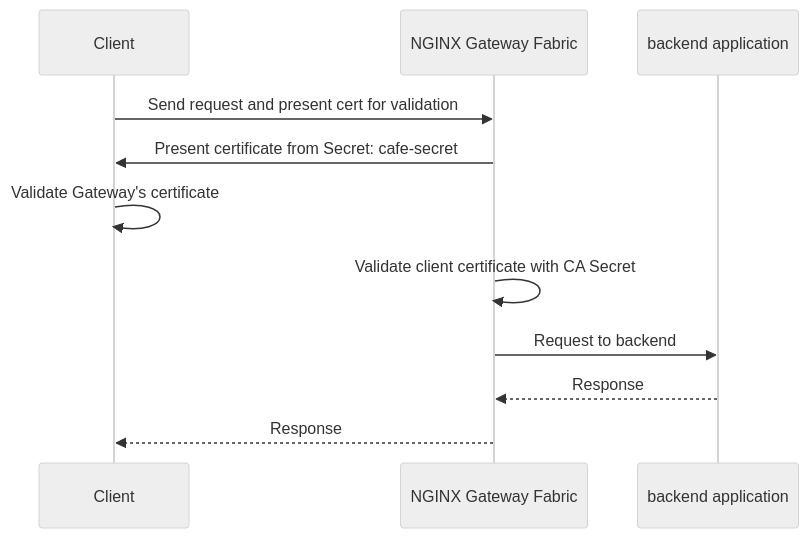
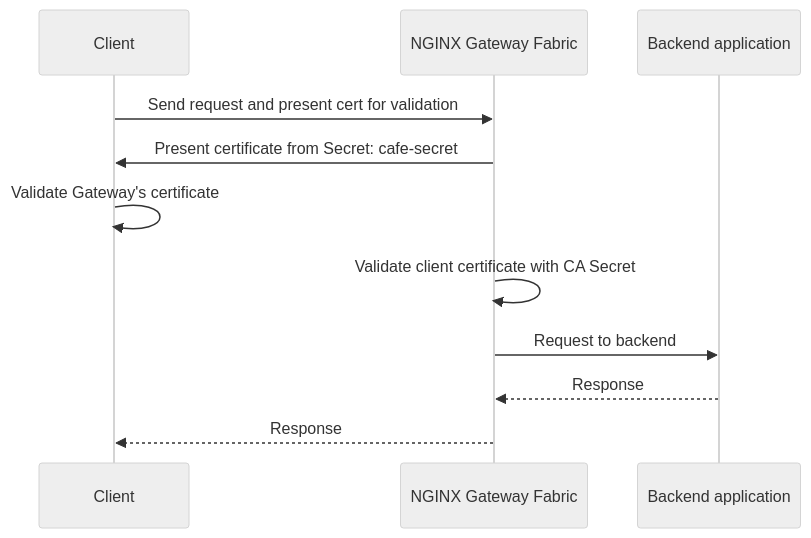
Before and after one commit to nginx/documentation: the diagram in content/ngf/traffic-security/client-validation.md, drawn with Mermaid (neutral theme). The commit also changed other lines of this file and 1 other file, not shown here.

````diff
--- a/content/ngf/traffic-security/client-validation.md
+++ b/content/ngf/traffic-security/client-validation.md
@@ -36,14 +37,14 @@
 ```mermaid
 sequenceDiagram
     participant client as Client
     participant gw as NGINX Gateway Fabric
-    participant app as backend application
+    participant app as Backend application
 
     client->>gw: Send request and present cert for validation
     gw->>client: Present certificate from Secret: cafe-secret
     client->>client: Validate Gateway's certificate
     gw->>gw: Validate client certificate with CA Secret
     gw->>app: Request to backend
     app-->>gw: Response
     gw-->>client: Response
 ```
````
